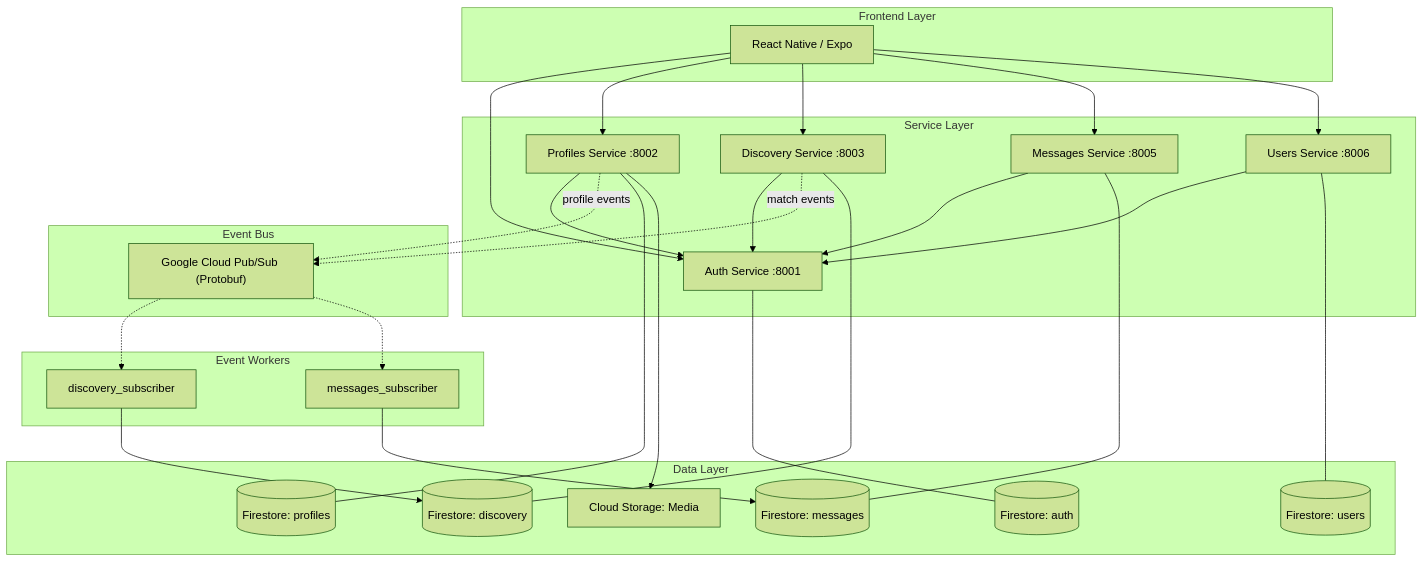
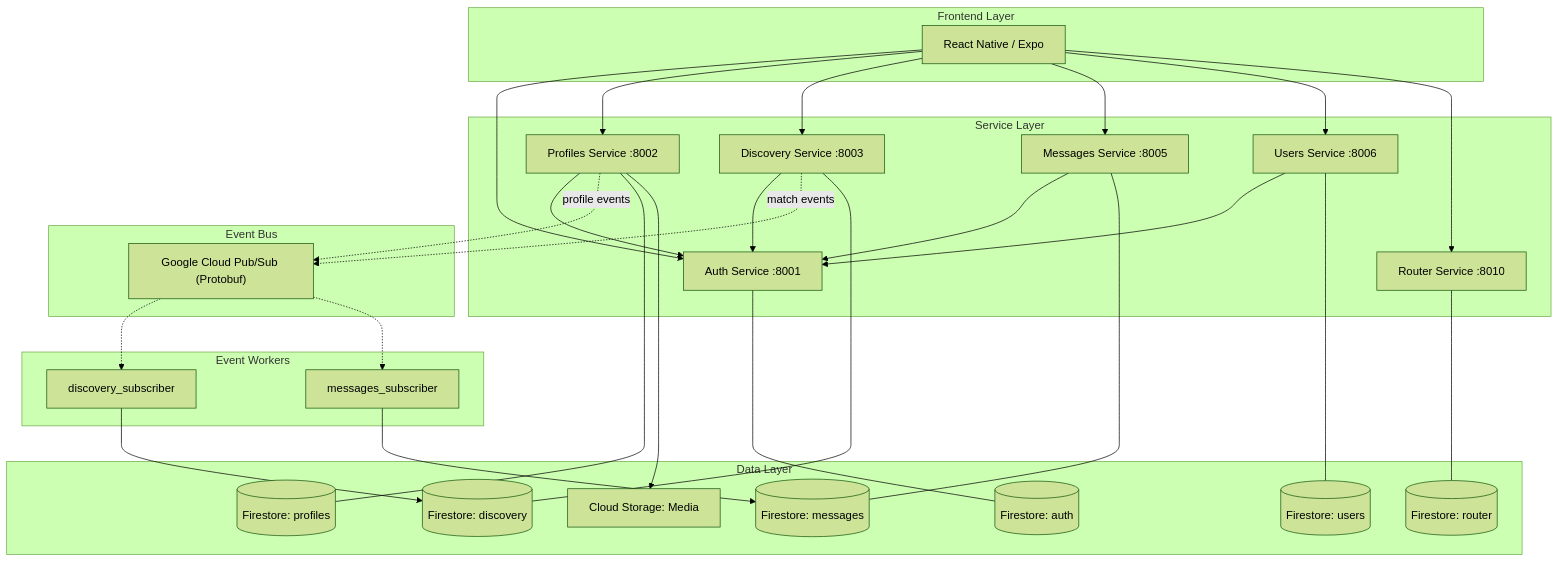
The diagram in docs/architecture.md (pszaflarski/tavern_swiper), drawn with Mermaid (forest theme) before and after one commit. The commit also changed other lines of this file and 22 other files, not shown here.

````diff
--- a/docs/architecture.md
+++ b/docs/architecture.md
@@ -52,63 +53,67 @@
 ```mermaid
 graph TD
     subgraph "Frontend Layer"
         FE[React Native / Expo]
     end
 
     subgraph "Service Layer"
         Auth[Auth Service :8001]
         Profiles[Profiles Service :8002]
         Discovery[Discovery Service :8003]
         Messages[Messages Service :8005]
         Users[Users Service :8006]
+        Router[Router Service :8010]
     end
 
     subgraph "Event Workers"
         DiscSub[discovery_subscriber]
         MsgSub[messages_subscriber]
     end
 
     subgraph "Event Bus"
         PubSub["Google Cloud Pub/Sub (Protobuf)"]
     end
 
     subgraph "Data Layer"
         DB_A[(Firestore: auth)]
         DB_P[(Firestore: profiles)]
         DB_D[(Firestore: discovery)]
         DB_M[(Firestore: messages)]
         DB_U[(Firestore: users)]
+        DB_R[(Firestore: router)]
         GCS[Cloud Storage: Media]
     end
 
     %% Auth flows
     FE --> Auth
     Profiles --> Auth
     Discovery --> Auth
     Messages --> Auth
     Users --> Auth
 
     %% Business flows
     FE --> Profiles
     FE --> Discovery
     FE --> Messages
     FE --> Users
+    FE --> Router
 
     %% Pub/Sub event flows
     Profiles -.->|profile events| PubSub
     Discovery -.->|match events| PubSub
     PubSub -.-> DiscSub
     PubSub -.-> MsgSub
 
     %% Subscriber writes
     DiscSub --> DB_D
     MsgSub --> DB_M
 
     %% Storage flows
     Auth --- DB_A
     Profiles --- DB_P
     Discovery --- DB_D
     Messages --- DB_M
     Users --- DB_U
+    Router --- DB_R
     Profiles --> GCS
 ```
````
